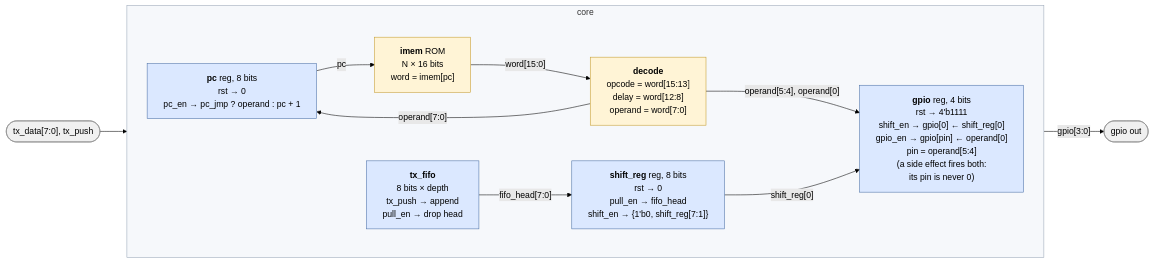
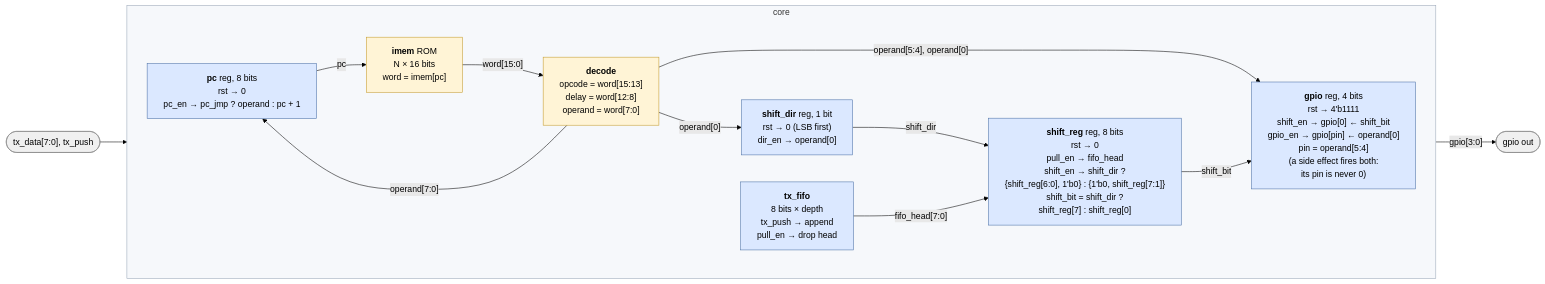
Before and after one commit to cshieldsce/smallcore: the diagram in docs/core.mmd, drawn with Mermaid (forest theme). The commit also changed 9 other files, not shown here.

Commit message:
update diagrams for shift_dir

```diff
--- a/docs/core.mmd
+++ b/docs/core.mmd
@@ -1,33 +1,37 @@
 %%{init: {"flowchart": {"wrappingWidth": 320}}}%%
 %% Datapath at Verilog level. Blue = register (one always @(posedge clk)), yellow = combinational.
 %% Only data wires are drawn. The enables named inside each register (pull_en, shift_en,
-%% gpio_en, pc_en, pc_jmp) come from the control block, see control.svg. gpio has two write
-%% ports: SHIFT_OUT writes gpio[0], SET and the SHIFT_OUT side effect write the operand pin.
+%% gpio_en, dir_en, pc_en, pc_jmp) come from the control block, see control.svg. gpio has two
+%% write ports: SHIFT_OUT writes gpio[0], SET and the SHIFT_OUT side effect write the operand
+%% pin. shift_dir selects which end of shift_reg feeds gpio[0] and which way it shifts.
 flowchart LR
   classDef reg fill:#dbe8ff,stroke:#4a6fa5
   classDef comb fill:#fff4d6,stroke:#c49a2a
   classDef ext fill:#f0f0f0,stroke:#888
 
   TXIN(["tx_data[7:0], tx_push"]):::ext
 
   subgraph core["core"]
     direction LR
     PC["<b>pc</b> reg, 8 bits<br/>rst → 0<br/>pc_en → pc_jmp ? operand : pc + 1"]:::reg
     IMEM["<b>imem</b> ROM<br/>N × 16 bits<br/>word = imem[pc]"]:::comb
     DEC["<b>decode</b><br/>opcode = word[15:13]<br/>delay = word[12:8]<br/>operand = word[7:0]"]:::comb
     FIFO["<b>tx_fifo</b><br/>8 bits × depth<br/>tx_push → append<br/>pull_en → drop head"]:::reg
-    SR["<b>shift_reg</b> reg, 8 bits<br/>rst → 0<br/>pull_en → fifo_head<br/>shift_en → {1'b0, shift_reg[7:1]}"]:::reg
-    PIN["<b>gpio</b> reg, 4 bits<br/>rst → 4'b1111<br/>shift_en → gpio[0] ← shift_reg[0]<br/>gpio_en → gpio[pin] ← operand[0]<br/>pin = operand[5:4]<br/>(a side effect fires both:<br/>its pin is never 0)"]:::reg
+    SD["<b>shift_dir</b> reg, 1 bit<br/>rst → 0 (LSB first)<br/>dir_en → operand[0]"]:::reg
+    SR["<b>shift_reg</b> reg, 8 bits<br/>rst → 0<br/>pull_en → fifo_head<br/>shift_en → shift_dir ?<br/>{shift_reg[6:0], 1'b0} : {1'b0, shift_reg[7:1]}<br/>shift_bit = shift_dir ?<br/>shift_reg[7] : shift_reg[0]"]:::reg
+    PIN["<b>gpio</b> reg, 4 bits<br/>rst → 4'b1111<br/>shift_en → gpio[0] ← shift_bit<br/>gpio_en → gpio[pin] ← operand[0]<br/>pin = operand[5:4]<br/>(a side effect fires both:<br/>its pin is never 0)"]:::reg
 
     PC -->|"pc"| IMEM
     IMEM -->|"word[15:0]"| DEC
     DEC -->|"operand[5:4], operand[0]"| PIN
     DEC -->|"operand[7:0]"| PC
+    DEC -->|"operand[0]"| SD
+    SD -->|"shift_dir"| SR
     FIFO -->|"fifo_head[7:0]"| SR
-    SR -->|"shift_reg[0]"| PIN
+    SR -->|"shift_bit"| PIN
   end
 
   TXIN --> FIFO
   PIN -->|"gpio[3:0]"| OUT(["gpio out"]):::ext
 
   style core fill:#f6f8fb,stroke:#9aa7b8
```
